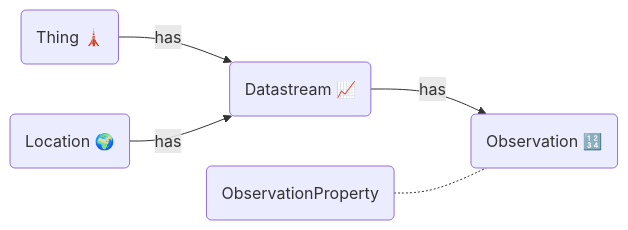
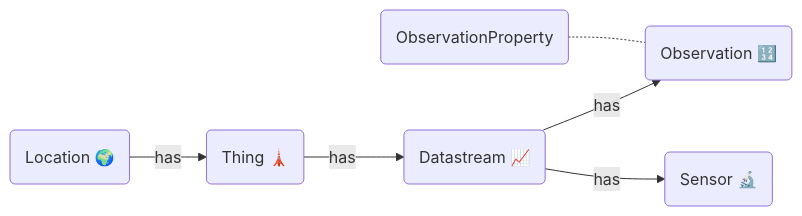
One commit to cwerner/stantic changed the diagram in docs/source/getting-started.md. Above: the diagram before and after it, drawn with Mermaid.

Commit message:
Dummy edit to getting-started docs

````diff
--- a/docs/source/getting-started.md
+++ b/docs/source/getting-started.md
@@ -5,6 +5,7 @@
 ```{mermaid}
 flowchart LR
     id1("Thing 🗼") -- has--> id2("Datastream 📈") -- has --> id3("Observation 🔢")
-    id4("Location 🌍") -- has --> id2
-    id5(ObservationProperty) -.- id3
+    id2 -- has --> id4("Sensor 🔬")
+    id5("Location 🌍") -- has --> id1
+    id6(ObservationProperty) -.- id3
 ```
````
